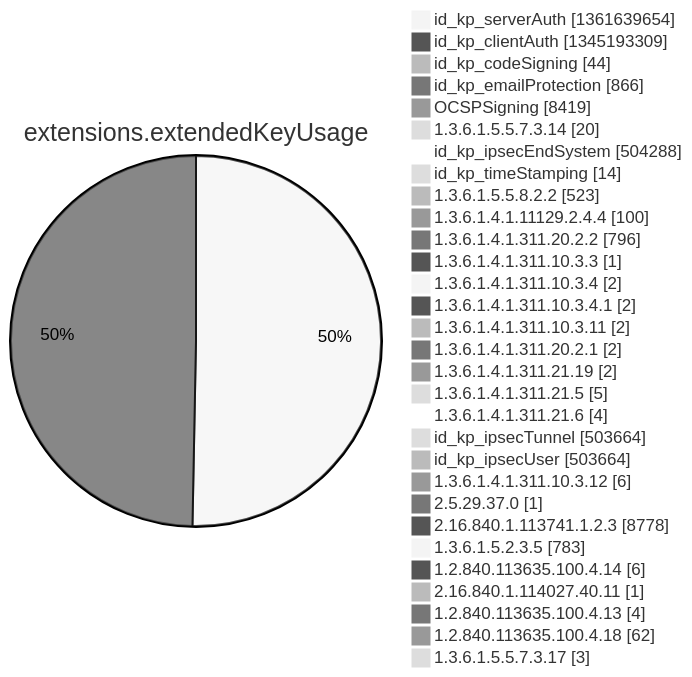
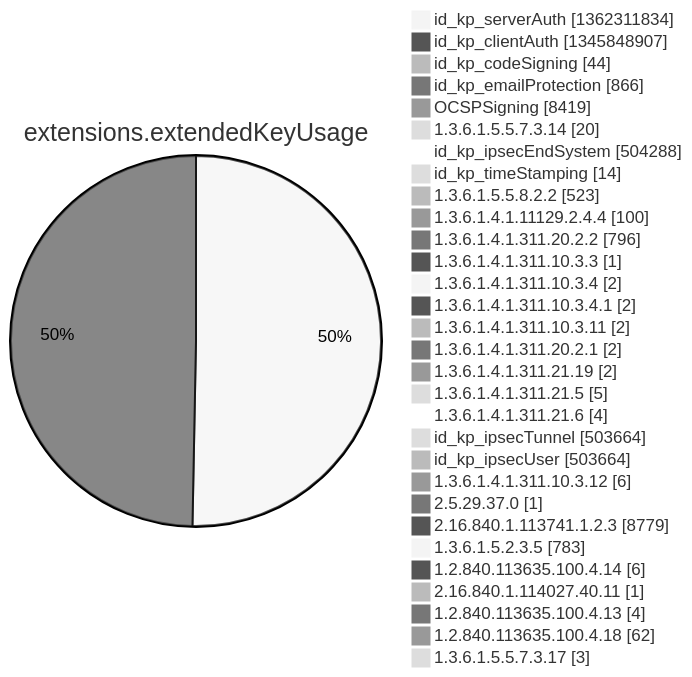
Before and after one commit to christiankrug/ctmonitor_visualization: diagram 12 of 15 in argon2022/README.md, drawn with Mermaid (neutral theme). The commit also changed other lines of this file, not shown here.

````diff
--- a/argon2022/README.md
+++ b/argon2022/README.md
@@ -3553,34 +3553,34 @@
 ```mermaid
 pie showData
 title extensions.extendedKeyUsage
-"id_kp_serverAuth" :1361639654
-"id_kp_clientAuth" :1345193309
+"id_kp_serverAuth" :1362311834
+"id_kp_clientAuth" :1345848907
 "id_kp_codeSigning" :44
 "id_kp_emailProtection" :866
 "OCSPSigning" :8419
 "1.3.6.1.5.5.7.3.14" :20
 "id_kp_ipsecEndSystem" :504288
 "id_kp_timeStamping" :14
 "1.3.6.1.5.5.8.2.2" :523
 "1.3.6.1.4.1.11129.2.4.4" :100
 "1.3.6.1.4.1.311.20.2.2" :796
 "1.3.6.1.4.1.311.10.3.3" :1
 "1.3.6.1.4.1.311.10.3.4" :2
 "1.3.6.1.4.1.311.10.3.4.1" :2
 "1.3.6.1.4.1.311.10.3.11" :2
 "1.3.6.1.4.1.311.20.2.1" :2
 "1.3.6.1.4.1.311.21.19" :2
 "1.3.6.1.4.1.311.21.5" :5
 "1.3.6.1.4.1.311.21.6" :4
 "id_kp_ipsecTunnel" :503664
 "id_kp_ipsecUser" :503664
 "1.3.6.1.4.1.311.10.3.12" :6
 "2.5.29.37.0" :1
-"2.16.840.1.113741.1.2.3" :8778
+"2.16.840.1.113741.1.2.3" :8779
 "1.3.6.1.5.2.3.5" :783
 "1.2.840.113635.100.4.14" :6
 "2.16.840.1.114027.40.11" :1
 "1.2.840.113635.100.4.13" :4
 "1.2.840.113635.100.4.18" :62
 "1.3.6.1.5.5.7.3.17" :3
 ```
````
